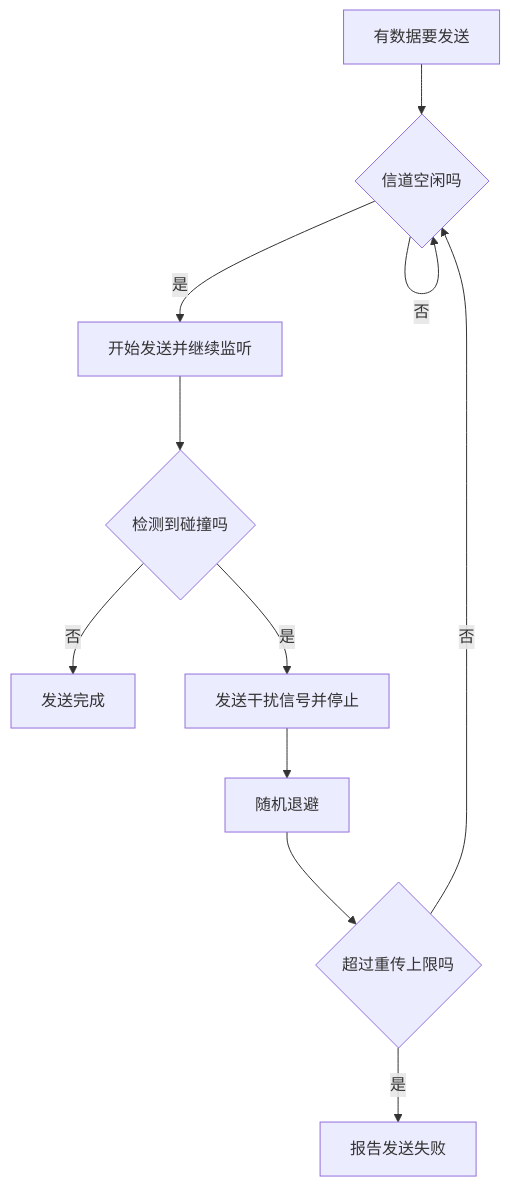
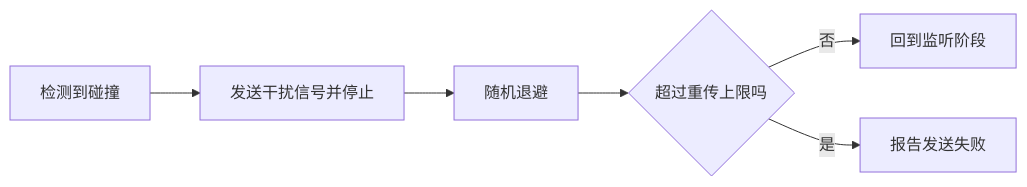
Before and after one commit to 74262195/system-architect-notes: the second of 2 diagrams in 01_综合知识/01_计算机基础知识/03_计算机网络/以太网技术.md, drawn with Mermaid. The commit also changed other lines of this file, not shown here.

Commit message:
docs: split oversized ethernet flow

````diff
--- a/01_综合知识/01_计算机基础知识/03_计算机网络/以太网技术.md
+++ b/01_综合知识/01_计算机基础知识/03_计算机网络/以太网技术.md
@@ -46,13 +56,8 @@
 ```mermaid
-flowchart TD
-  A[有数据要发送] --> B{信道空闲吗}
-  B -- 否 --> B
-  B -- 是 --> C[开始发送并继续监听]
-  C --> D{检测到碰撞吗}
-  D -- 否 --> E[发送完成]
-  D -- 是 --> F[发送干扰信号并停止]
-  F --> G[随机退避]
-  G --> H{超过重传上限吗}
-  H -- 否 --> B
-  H -- 是 --> I[报告发送失败]
+flowchart LR
+  A[检测到碰撞] --> B[发送干扰信号并停止]
+  B --> C[随机退避]
+  C --> D{超过重传上限吗}
+  D -- 否 --> E[回到监听阶段]
+  D -- 是 --> F[报告发送失败]
 ```
````
